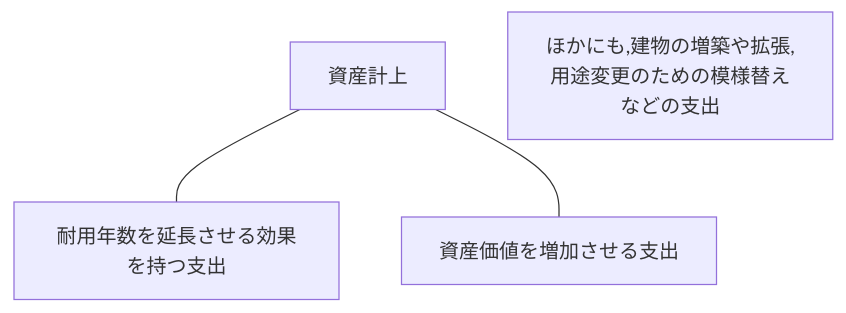
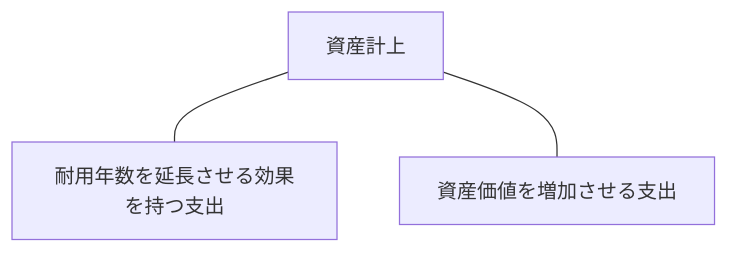
One commit to bebetakumi/mermaid changed the third of 6 diagrams in 固定資産/資本的支出と収益的支出.md. Above: the diagram before and after it, drawn with Mermaid. The commit also changed other lines of this file, not shown here.

````diff
--- a/固定資産/資本的支出と収益的支出.md
+++ b/固定資産/資本的支出と収益的支出.md
@@ -20,8 +20,6 @@
 ```mermaid
 flowchart TD
 
 資産計上 --- 耐用年数を延長させる効果を持つ支出 & 資産価値を増加させる支出
 
-ほかにも,建物の増築や拡張,用途変更のための模様替えなどの支出
-
 ```
````
